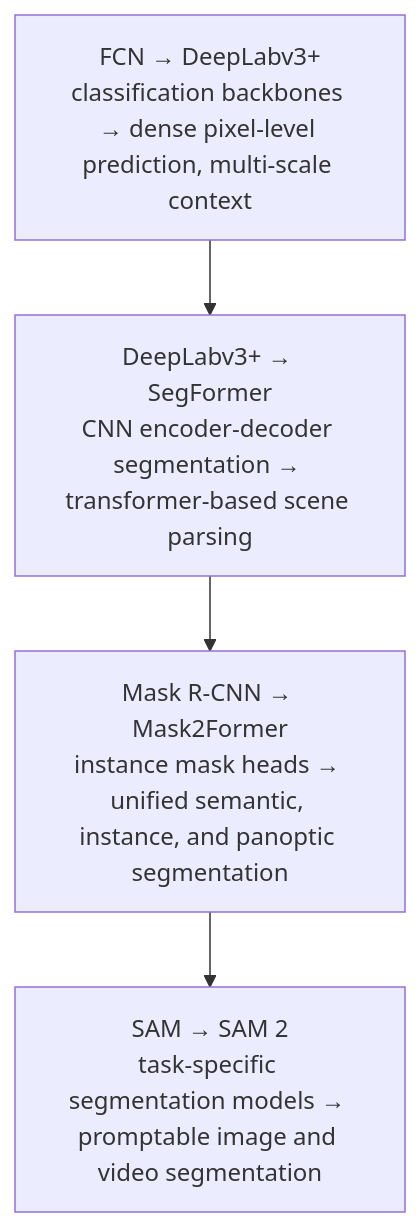
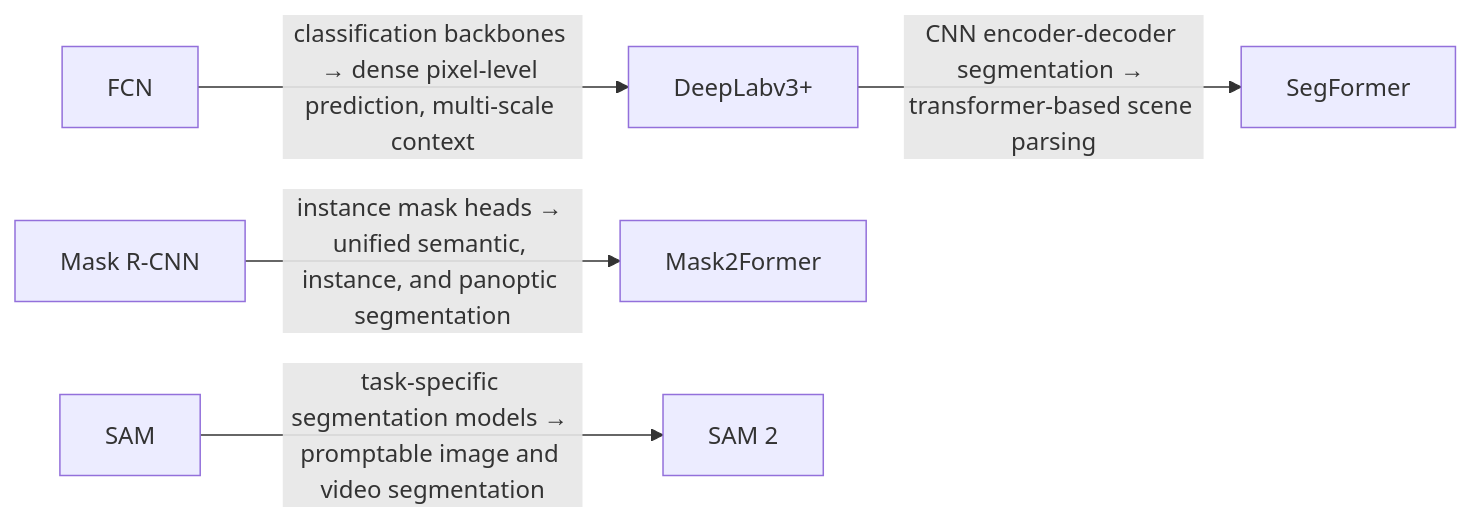
Before and after one commit to SechanOh/awesome-multimodal-perception: the third of 15 diagrams in README.md, drawn with Mermaid. The commit also changed other lines of this file, not shown here.

Commit message:
Refine field evolution diagrams

````diff
--- a/README.md
+++ b/README.md
@@ -94,8 +101,14 @@
 ```mermaid
-flowchart TD
-    step1["FCN → DeepLabv3+<br/>classification backbones → dense pixel-level prediction, multi-scale context"]
-    step2["DeepLabv3+ → SegFormer<br/>CNN encoder-decoder segmentation → transformer-based scene parsing"]
-    step3["Mask R-CNN → Mask2Former<br/>instance mask heads → unified semantic, instance, and panoptic segmentation"]
-    step4["SAM → SAM 2<br/>task-specific segmentation models → promptable image and video segmentation"]
-    step1 --> step2 --> step3 --> step4
+flowchart LR
+    s2n1["FCN"]
+    s2n2["DeepLabv3+"]
+    s2n3["SegFormer"]
+    s2n4["Mask R-CNN"]
+    s2n5["Mask2Former"]
+    s2n6["SAM"]
+    s2n7["SAM 2"]
+    s2n1 -->|"classification backbones → dense pixel-level prediction, multi-scale context"| s2n2
+    s2n2 -->|"CNN encoder-decoder segmentation → transformer-based scene parsing"| s2n3
+    s2n4 -->|"instance mask heads → unified semantic, instance, and panoptic segmentation"| s2n5
+    s2n6 -->|"task-specific segmentation models → promptable image and video segmentation"| s2n7
 ```
````
